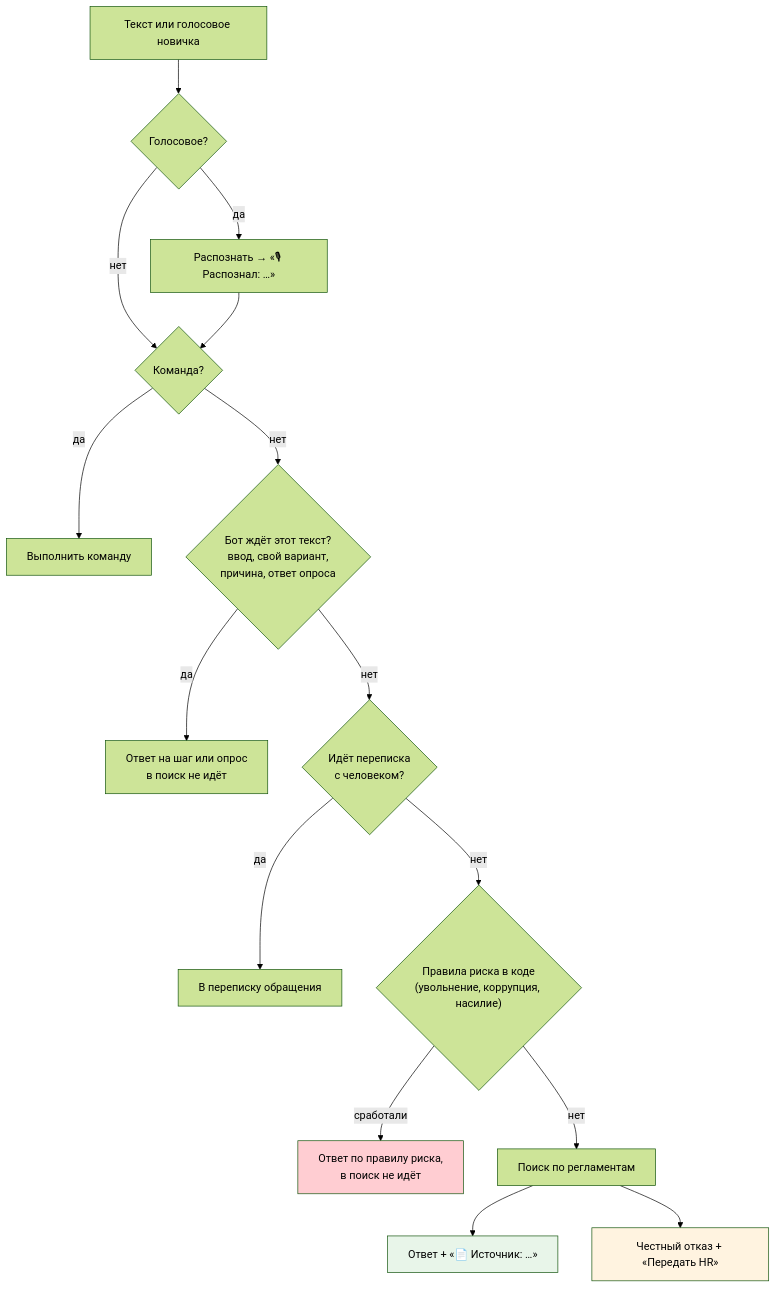
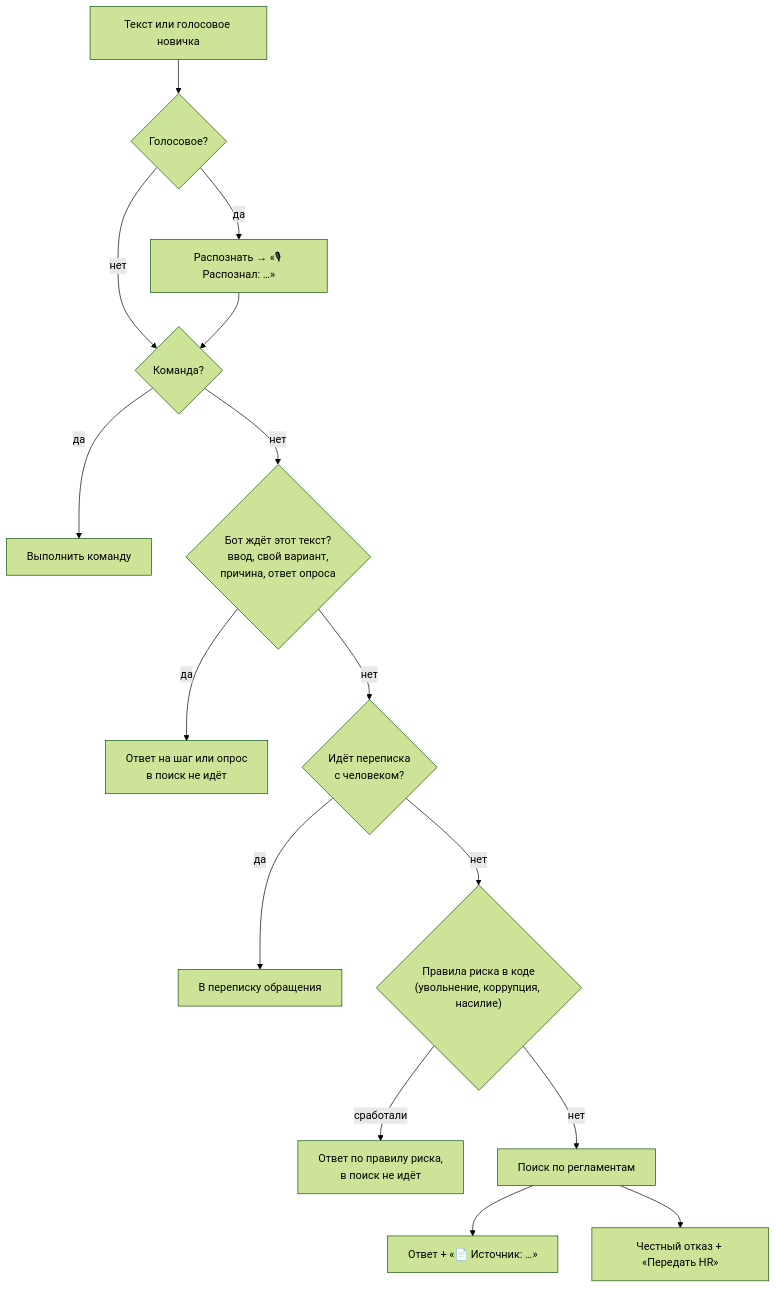
One commit to kunak-agency/polyplastic-bot changed the fourth of 4 diagrams in agency/system/Human/02-bot-behaviour.md. Above: the diagram before and after it, drawn with Mermaid (forest theme). The commit also changed other lines of this file and 6 other files, not shown here.

Commit message:
Документы для человека: схема «Из чего состоит система» без двусторонних стрелок и раскраски — рендерится в старых просмотрщиках Mermaid

````diff
--- a/agency/system/Human/02-bot-behaviour.md
+++ b/agency/system/Human/02-bot-behaviour.md
@@ -175,20 +173,17 @@
 ```mermaid
 flowchart TD
     T["Текст или голосовое новичка"] --> V{"Голосовое?"}
     V -->|да| VR["Распознать → «🎙 Распознал: …»"]
     V -->|нет| C
     VR --> C{"Команда?"}
     C -->|да| CMD["Выполнить команду"]
     C -->|нет| W{"Бот ждёт этот текст?<br/>ввод, свой вариант,<br/>причина, ответ опроса"}
     W -->|да| ANS["Ответ на шаг или опрос<br/>в поиск не идёт"]
     W -->|нет| H{"Идёт переписка<br/>с человеком?"}
     H -->|да| HUM["В переписку обращения"]
     H -->|нет| RX{"Правила риска в коде<br/>(увольнение, коррупция, насилие)"}
     RX -->|сработали| RISK["Ответ по правилу риска,<br/>в поиск не идёт"]
     RX -->|нет| RAG["Поиск по регламентам"]
     RAG --> OK["Ответ + «📄 Источник: …»"]
     RAG --> NO["Честный отказ + «Передать HR»"]
-    style OK fill:#e8f5e9
-    style NO fill:#fff3e0
-    style RISK fill:#ffcdd2
 ```
````
